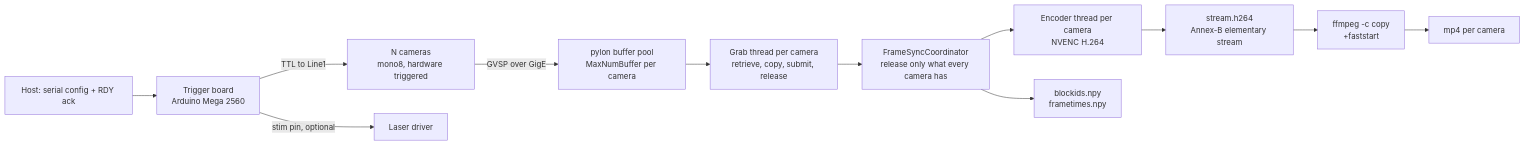
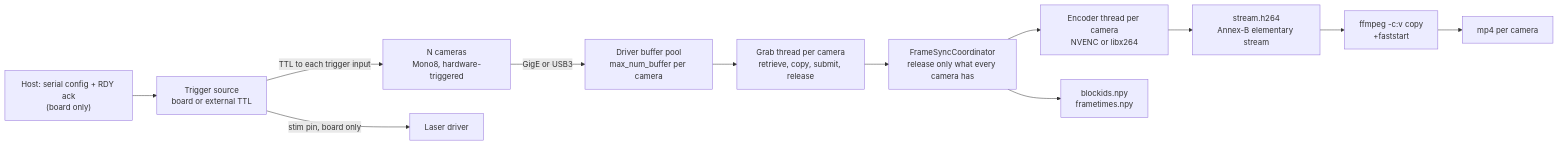
One commit to talmolab/panopticon changed the first of 6 diagrams in docs/INTERNALS.md. Above: the diagram before and after it, drawn with Mermaid. The commit also changed other lines of this file, not shown here.

````diff
--- a/docs/INTERNALS.md
+++ b/docs/INTERNALS.md
@@ -47,14 +48,14 @@
 ```mermaid
 flowchart LR
-  BOARD["Trigger board<br>Arduino Mega 2560"] -->|"TTL to Line1"| CAMS["N cameras<br>mono8, hardware triggered"]
-  BOARD -->|"stim pin, optional"| LASER["Laser driver"]
-  HOST["Host: serial config + RDY ack"] --> BOARD
-  CAMS -->|"GVSP over GigE"| POOL["pylon buffer pool<br>MaxNumBuffer per camera"]
+  HOST["Host: serial config + RDY ack<br>(board only)"] --> SRC["Trigger source<br>board or external TTL"]
+  SRC -->|"TTL to each trigger input"| CAMS["N cameras<br>Mono8, hardware-triggered"]
+  SRC -->|"stim pin, board only"| LASER["Laser driver"]
+  CAMS -->|"GigE or USB3"| POOL["Driver buffer pool<br>max_num_buffer per camera"]
   POOL --> GRAB["Grab thread per camera<br>retrieve, copy, submit, release"]
   GRAB --> COORD["FrameSyncCoordinator<br>release only what every camera has"]
-  COORD --> ENC["Encoder thread per camera<br>NVENC H.264"]
+  COORD --> ENC["Encoder thread per camera<br>NVENC or libx264"]
   ENC --> H264["stream.h264<br>Annex-B elementary stream"]
-  H264 --> REMUX["ffmpeg -c copy<br>+faststart"]
+  H264 --> REMUX["ffmpeg -c:v copy<br>+faststart"]
   REMUX --> MP4["mp4 per camera"]
   COORD --> META["blockids.npy<br>frametimes.npy"]
 ```
````
